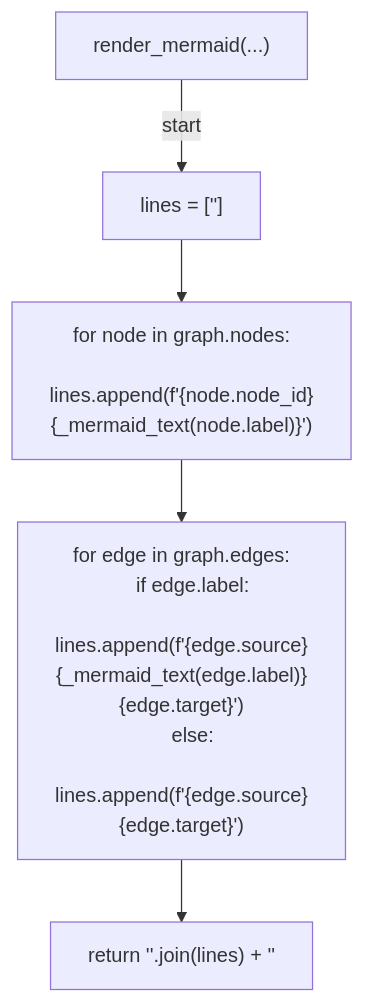
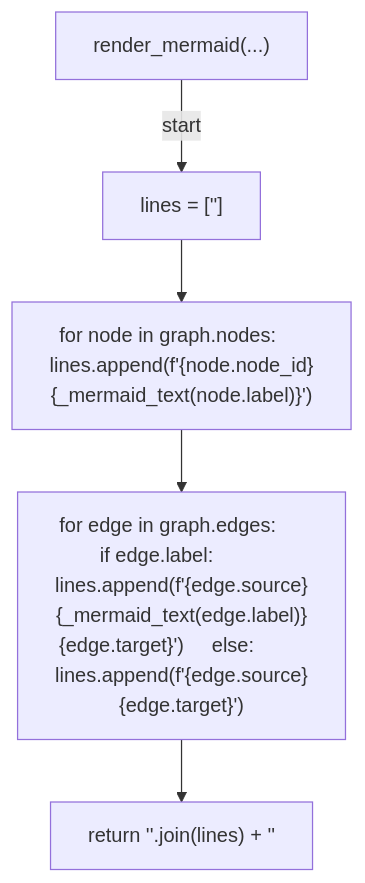
Diagram 12 of 20 in docs/generated/scripts/ast/script_ast_graph.md (tvna/claude-md), drawn with Mermaid before and after one commit. The commit also changed other lines of this file and 23 other files, not shown here.

First line of the commit message:
docs(generated): regenerate decision tree and workflow diagrams (batch 4/5)

````diff
--- a/docs/generated/scripts/ast/script_ast_graph.md
+++ b/docs/generated/scripts/ast/script_ast_graph.md
@@ -197,17 +190,12 @@
 ```mermaid
 flowchart TD
     N001["render_mermaid(...)"]
     N002["lines = ['<str>']"]
-    N003["for node in graph.nodes:
-    lines.append(f'<str>{node.node_id}<str>{_mermaid_text(node.label)}<str>')"]
-    N004["for edge in graph.edges:
-    if edge.label:
-        lines.append(f'<str>{edge.source}<str>{_mermaid_text(edge.label)}<str>{edge.target}')
-    else:
-        lines.append(f'<str>{edge.source}<str>{edge.target}')"]
+    N003["for node in graph.nodes:     lines.append(f'<str>{node.node_id}<str>{_mermaid_text(node.label)}<str>')"]
+    N004["for edge in graph.edges:     if edge.label:         lines.append(f'<str>{edge.source}<str>{_mermaid_text(edge.label)}<str>{edge.target}')     else:         lines.append(f'<str>{edge.source}<str>{edge.target}')"]
     N005["return '<str>'.join(lines) + '<str>'"]
     N001 -->|"start"| N002
     N002 --> N003
     N003 --> N004
     N004 --> N005
 ```
````
